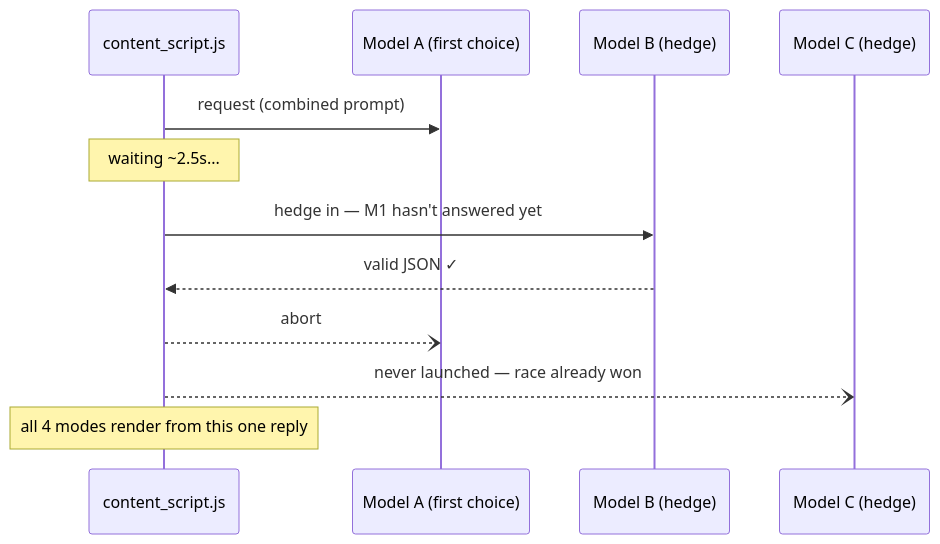
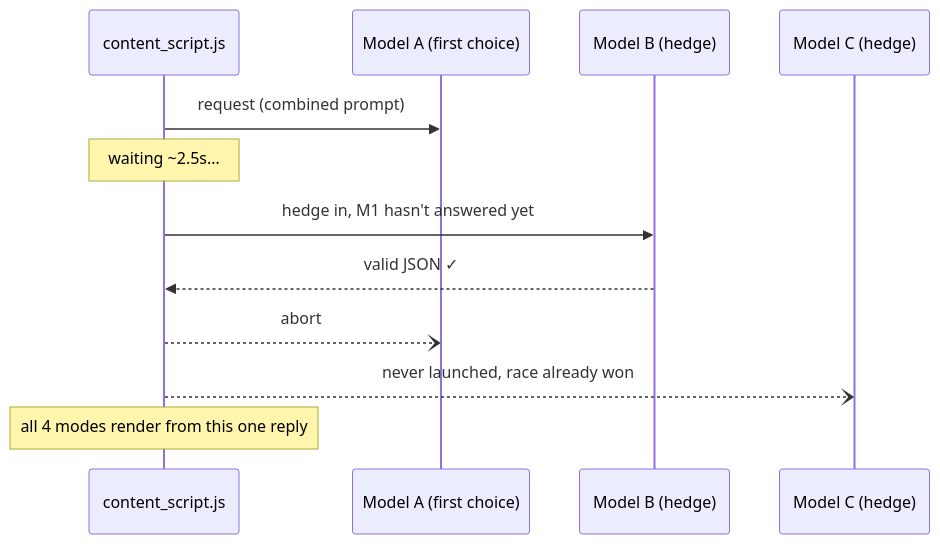
Before and after one commit to adwaitm0106/argue-back: the second of 2 diagrams in README.md, drawn with Mermaid. The commit also changed other lines of this file and 6 other files, not shown here.

````diff
--- a/README.md
+++ b/README.md
@@ -79,15 +79,15 @@
 ```mermaid
 sequenceDiagram
     participant X as content_script.js
     participant M1 as Model A (first choice)
     participant M2 as Model B (hedge)
     participant M3 as Model C (hedge)
 
     X->>M1: request (combined prompt)
     Note over X: waiting ~2.5s...
-    X->>M2: hedge in — M1 hasn't answered yet
+    X->>M2: hedge in, M1 hasn't answered yet
     M2-->>X: valid JSON ✓
     X--)M1: abort
-    X--)M3: never launched — race already won
+    X--)M3: never launched, race already won
     Note over X: all 4 modes render from this one reply
 ```
````
